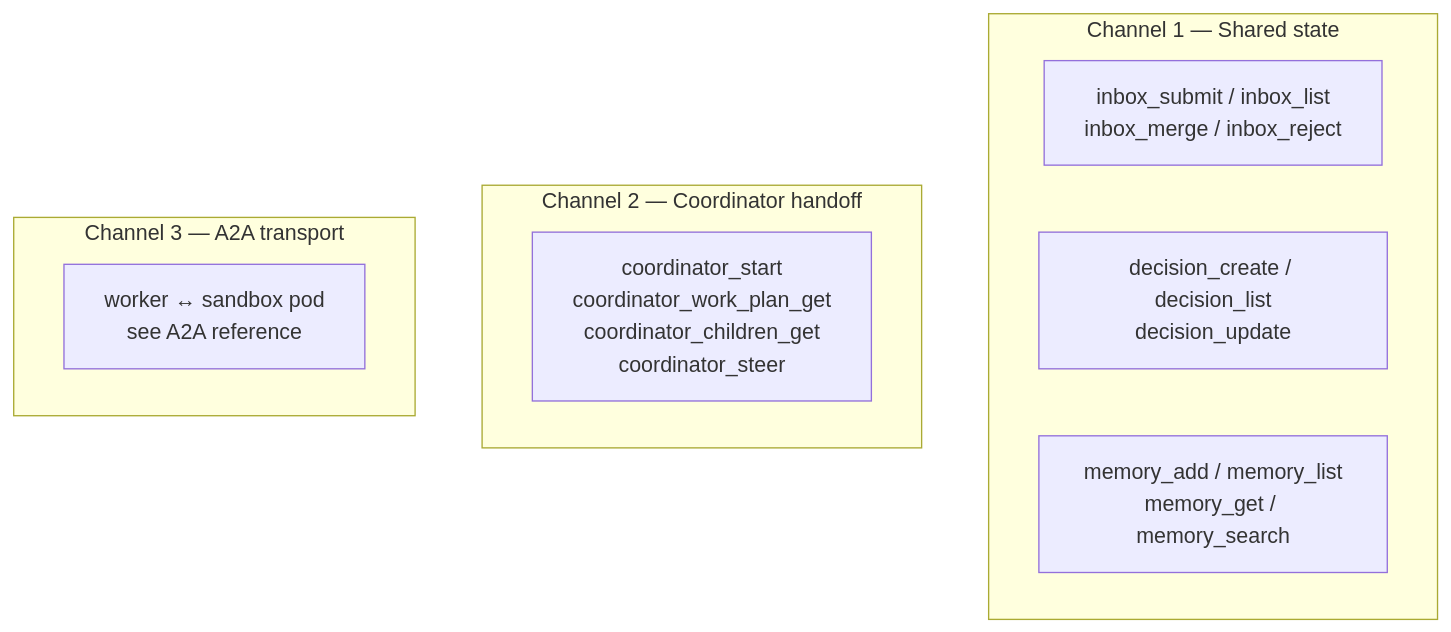
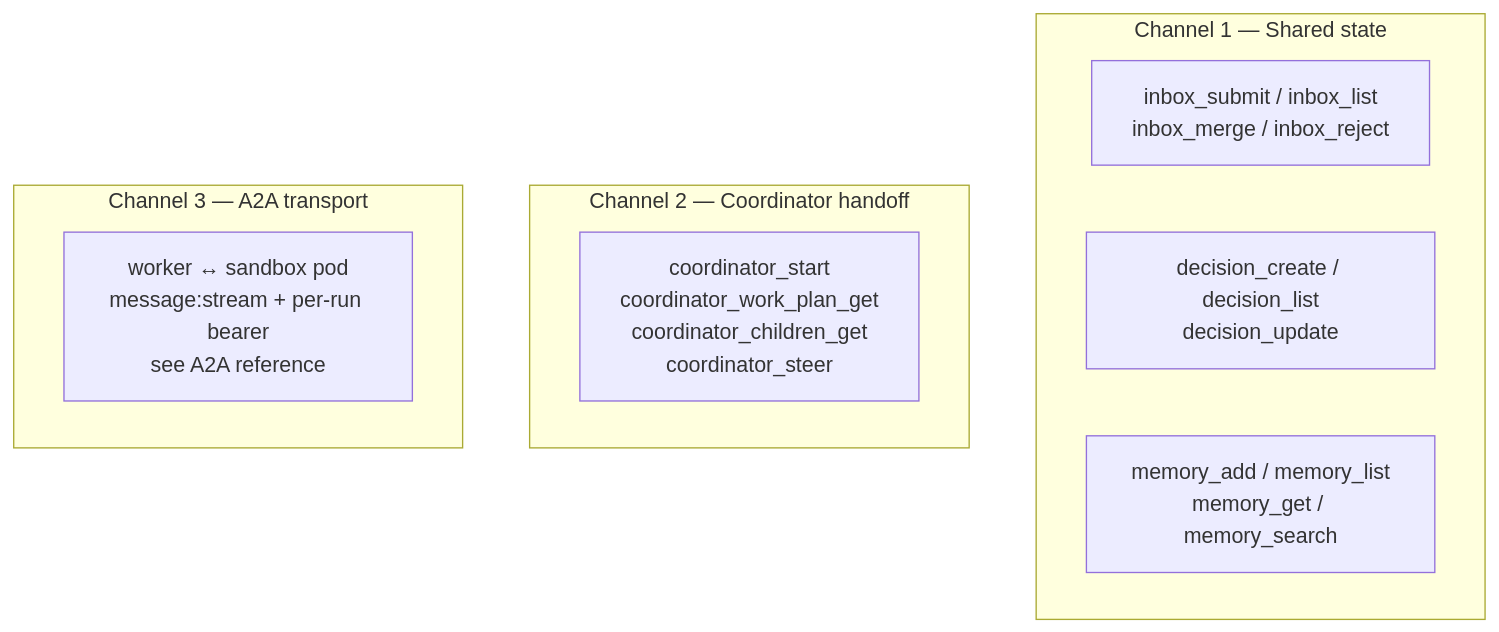
The diagram in docs/reference/agent-communication.md (sabbour/agentweaver), drawn with Mermaid before and after one commit. The commit also changed other lines of this file and 40 other files, not shown here.

````diff
--- a/docs/reference/agent-communication.md
+++ b/docs/reference/agent-communication.md
@@ -21,14 +23,14 @@
 ```mermaid
 flowchart TB
     subgraph Ch1[Channel 1 — Shared state]
         T1[inbox_submit / inbox_list\ninbox_merge / inbox_reject]
         T2[decision_create / decision_list\ndecision_update]
         T3[memory_add / memory_list\nmemory_get / memory_search]
     end
     subgraph Ch2[Channel 2 — Coordinator handoff]
         T4[coordinator_start\ncoordinator_work_plan_get\ncoordinator_children_get\ncoordinator_steer]
     end
     subgraph Ch3[Channel 3 — A2A transport]
-        T5[worker ↔ sandbox pod\nsee A2A reference]
+        T5[worker ↔ sandbox pod\nmessage:stream + per-run bearer\nsee A2A reference]
     end
 ```
````
